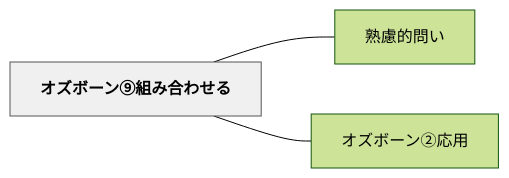
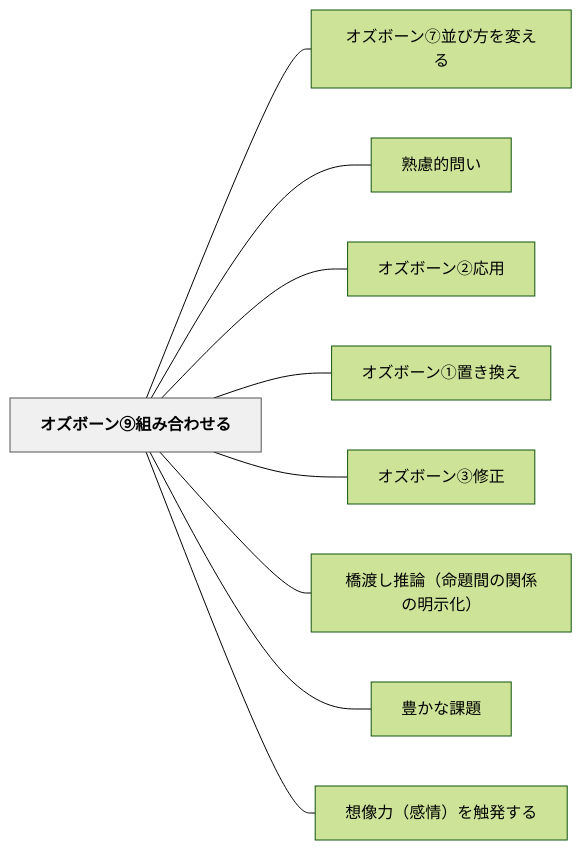
The diagram in content/パタン/オズボーン⑨組み合わせる.md (unknownthings-ed-patterns/unknownthings-ed-patterns), drawn with Mermaid (forest theme) before and after one commit. The commit also changed other lines of this file and 44 other files, not shown here.

````diff
--- a/content/パタン/オズボーン⑨組み合わせる.md
+++ b/content/パタン/オズボーン⑨組み合わせる.md
@@ -39,12 +46,24 @@
 ```mermaid
 flowchart LR
     ne382aae382bae3839ce383bce383b3e291a8e7b584e381bfe59088e3828fe3819be3828b["オズボーン⑨組み合わせる"]
+    ne382aae382bae3839ce383bce383b3e291a6e4b8a6e381b3e696b9e38292e5a489e38188e3828b["オズボーン⑦並び方を変える"]
     ne7869fe685aee79a84e5958fe38184["熟慮的問い"]
     ne382aae382bae3839ce383bce383b3e291a1e5bf9ce794a8["オズボーン②応用"]
+    ne382aae382bae3839ce383bce383b3e291a0e7bdaee3818de68f9be38188["オズボーン①置き換え"]
+    ne382aae382bae3839ce383bce383b3e291a2e4bfaee6ada3["オズボーン③修正"]
+    ne6a98be6b8a1e38197e68ea8e8ab96efbc88e591bde9a18ce99693e381aee996a2e4bf82e381aee6988ee7a4bae58c96efbc89["橋渡し推論（命題間の関係の明示化）"]
+    ne8b18ae3818be381aae8aab2e9a18c["豊かな課題"]
+    ne683b3e5838fe58a9befbc88e6849fe68385efbc89e38292e8a7a6e799bae38199e3828b["想像力（感情）を触発する"]
 
+    ne382aae382bae3839ce383bce383b3e291a8e7b584e381bfe59088e3828fe3819be3828b --- ne382aae382bae3839ce383bce383b3e291a6e4b8a6e381b3e696b9e38292e5a489e38188e3828b
     ne382aae382bae3839ce383bce383b3e291a8e7b584e381bfe59088e3828fe3819be3828b --- ne7869fe685aee79a84e5958fe38184
     ne382aae382bae3839ce383bce383b3e291a8e7b584e381bfe59088e3828fe3819be3828b --- ne382aae382bae3839ce383bce383b3e291a1e5bf9ce794a8
+    ne382aae382bae3839ce383bce383b3e291a8e7b584e381bfe59088e3828fe3819be3828b --- ne382aae382bae3839ce383bce383b3e291a0e7bdaee3818de68f9be38188
+    ne382aae382bae3839ce383bce383b3e291a8e7b584e381bfe59088e3828fe3819be3828b --- ne382aae382bae3839ce383bce383b3e291a2e4bfaee6ada3
+    ne382aae382bae3839ce383bce383b3e291a8e7b584e381bfe59088e3828fe3819be3828b --- ne6a98be6b8a1e38197e68ea8e8ab96efbc88e591bde9a18ce99693e381aee996a2e4bf82e381aee6988ee7a4bae58c96efbc89
+    ne382aae382bae3839ce383bce383b3e291a8e7b584e381bfe59088e3828fe3819be3828b --- ne8b18ae3818be381aae8aab2e9a18c
+    ne382aae382bae3839ce383bce383b3e291a8e7b584e381bfe59088e3828fe3819be3828b --- ne683b3e5838fe58a9befbc88e6849fe68385efbc89e38292e8a7a6e799bae38199e3828b
 
     classDef hub fill:#f0f0f0,stroke:#555,color:#000,font-weight:bold
     class ne382aae382bae3839ce383bce383b3e291a8e7b584e381bfe59088e3828fe3819be3828b hub
 ```
````
